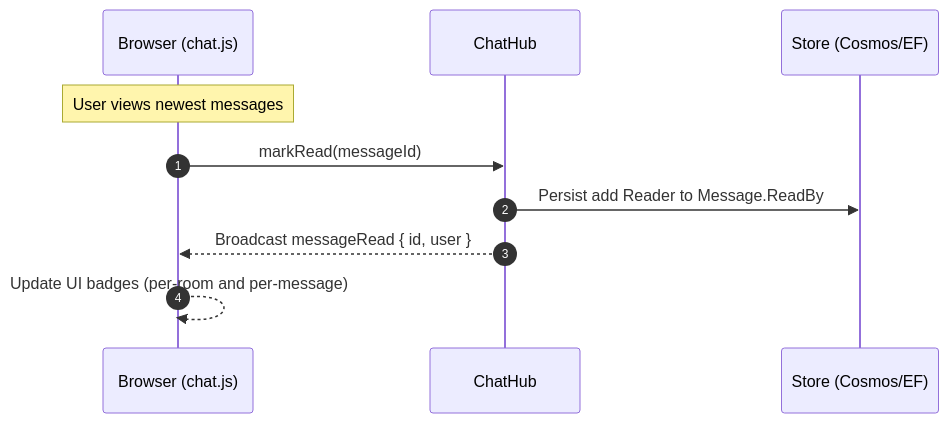
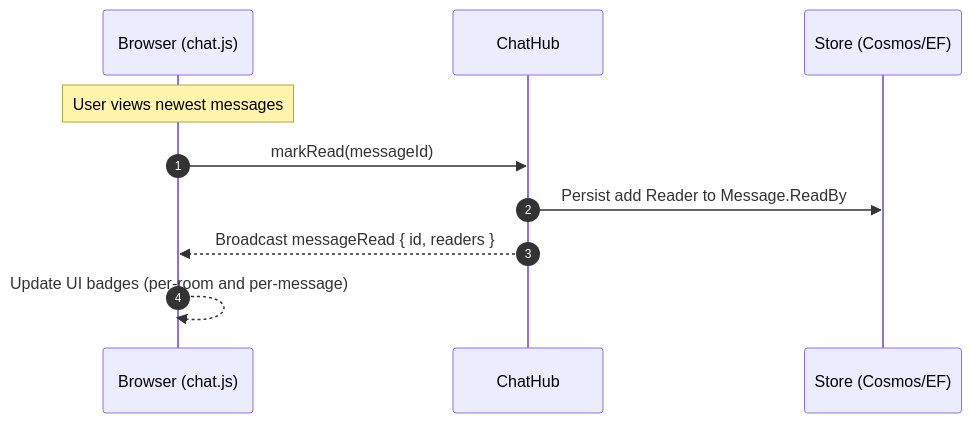
The fourth of 4 diagrams in ARCHITECTURE.md (smereczynski/SignalR-Chat), drawn with Mermaid before and after one commit.

````diff
--- a/ARCHITECTURE.md
+++ b/ARCHITECTURE.md
@@ -114,13 +114,13 @@
 ```mermaid
 sequenceDiagram
   autonumber
   participant B as Browser (chat.js)
   participant H as ChatHub
   participant D as Store (Cosmos/EF)
 
   Note over B: User views newest messages
   B->>H: markRead(messageId)
   H->>D: Persist add Reader to Message.ReadBy
-  H-->>B: Broadcast messageRead { id, user }
+  H-->>B: Broadcast messageRead { id, readers }
   B-->>B: Update UI badges (per-room and per-message)
 ```
````
